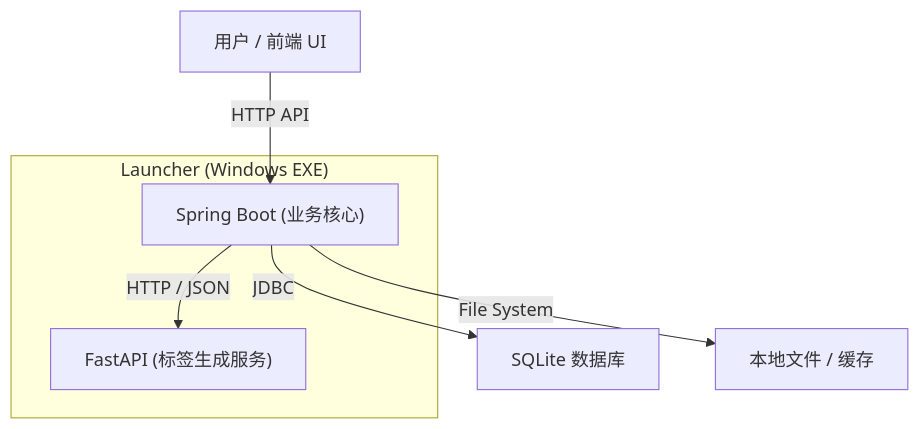
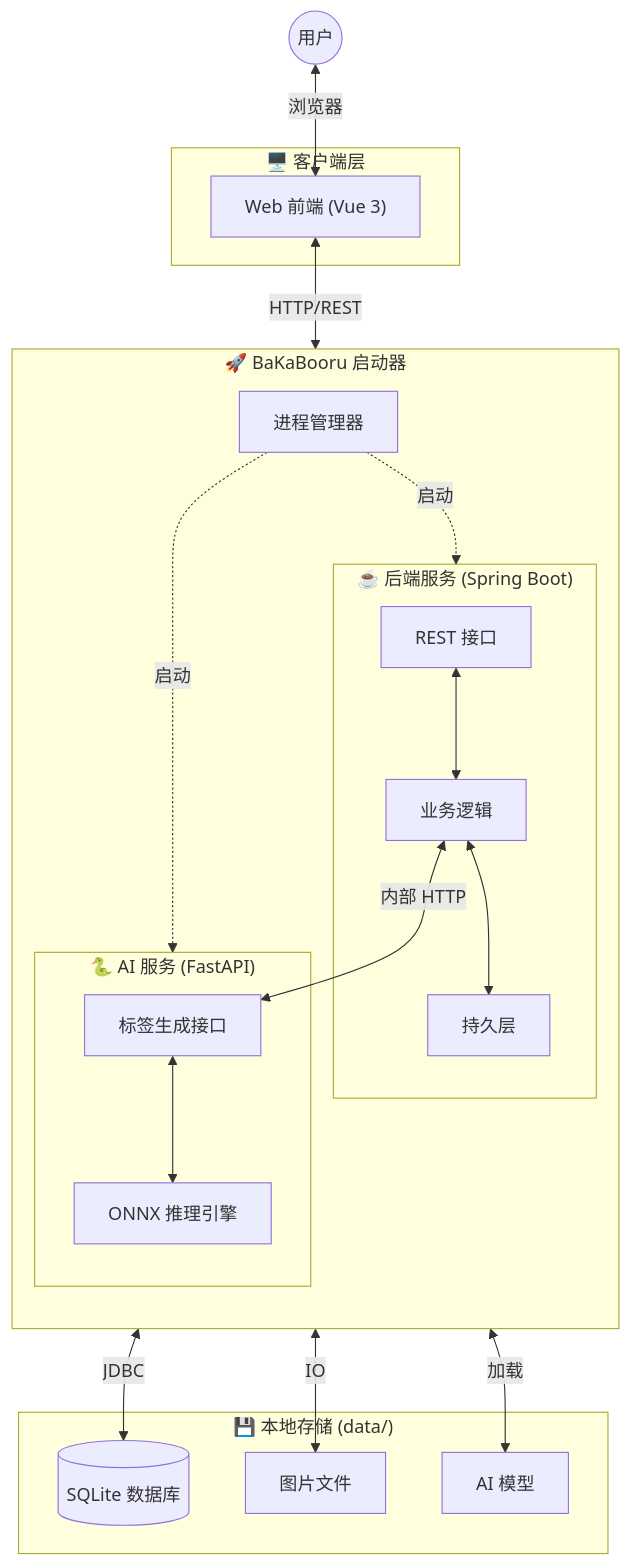
The diagram in README.md (tamakara/ImageDrawer), drawn with Mermaid before and after one commit. The commit also changed other lines of this file and 5 other files, not shown here.

````diff
--- a/README.md
+++ b/README.md
@@ -27,12 +28,43 @@
 ```mermaid
 graph TD
-    User["用户 / 前端 UI"] -->|HTTP API| SB["Spring Boot (业务核心)"]
-    SB -->|HTTP / JSON| FA["FastAPI (标签生成服务)"]
-    SB -->|JDBC| DB["SQLite 数据库"]
-    SB -->|File System| FS["本地文件 / 缓存"]
+    subgraph Client ["🖥️ 客户端层"]
+        UI["Web 前端 (Vue 3)"]
+    end
 
-    subgraph Launcher["Launcher (Windows EXE)"]
-        SB
-        FA
+    subgraph Launcher ["🚀 BaKaBooru 启动器"]
+        direction TB
+        PM["进程管理器"]
+        
+        subgraph JavaProcess ["☕ 后端服务 (Spring Boot)"]
+            API["REST 接口"]
+            Core["业务逻辑"]
+            JPA["持久层"]
+        end
+
+        subgraph PythonProcess ["🐍 AI 服务 (FastAPI)"]
+            TagAPI["标签生成接口"]
+            Inference["ONNX 推理引擎"]
+        end
     end
+
+    subgraph Storage ["💾 本地存储 (data/)"]
+        SQLite[("SQLite 数据库")]
+        Files["图片文件"]
+        Models["AI 模型"]
+    end
+
+    %% Interactions
+    User((用户)) <-->|浏览器| UI
+    PM -.->|启动| JavaProcess
+    PM -.->|启动| PythonProcess
+    
+    UI <-->|HTTP/REST| API
+    API <--> Core
+    Core <--> JPA
+    Core <-->|内部 HTTP| TagAPI
+    
+    JPA <-->|JDBC| SQLite
+    Core <-->|IO| Files
+    TagAPI <--> Inference
+    Inference <-->|加载| Models
 ```
````
